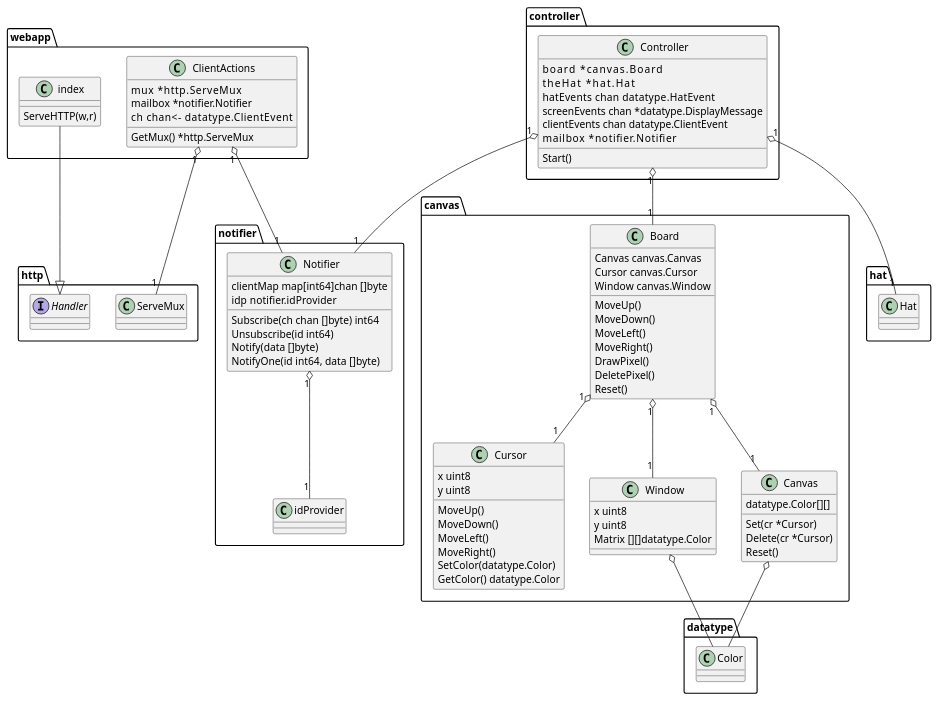
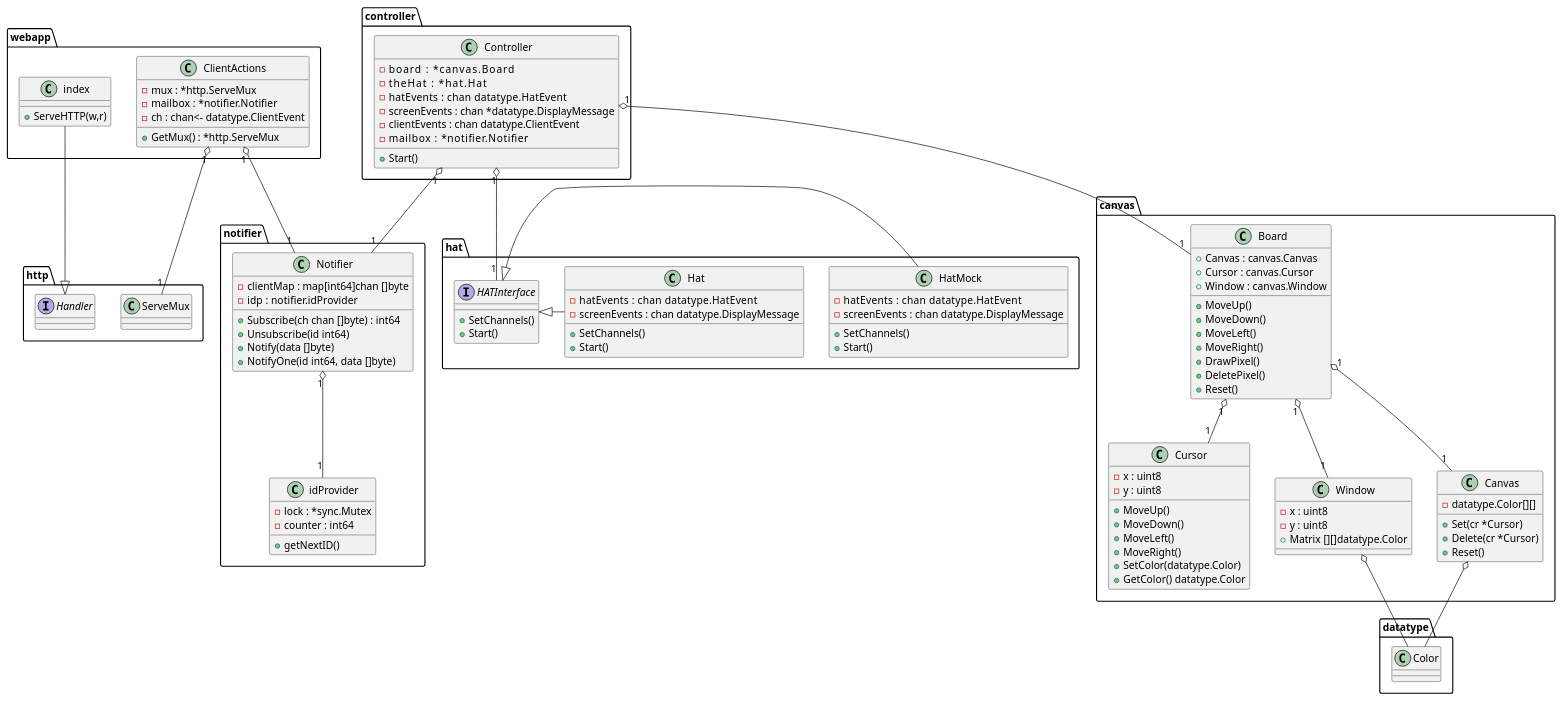
The diagram in docs/classDiagram.puml (nunnatsa/piDraw), drawn with PlantUML before and after one commit. The commit also changed 3 other files, not shown here.

```diff
--- a/docs/classDiagram.puml
+++ b/docs/classDiagram.puml
@@ -1,92 +1,116 @@
 @startuml
 'https://plantuml.com/class-diagram
 class datatype.Color{}
 
 class canvas.Canvas {
-datatype.Color[][]
-Set(cr *Cursor)
-Delete(cr *Cursor)
-Reset()
+- datatype.Color[][]
++ Set(cr *Cursor)
++ Delete(cr *Cursor)
++ Reset()
 }
 
 canvas.Board "1" o-- "1" canvas.Canvas
 canvas.Board "1" o-- "1" canvas.Cursor
 canvas.Board "1" o-- "1" canvas.Window
 canvas.Canvas o-- datatype.Color
 canvas.Window o-- datatype.Color
 
 class canvas.Cursor {
-x uint8
-y uint8
-MoveUp()
-MoveDown()
-MoveLeft()
-MoveRight()
-SetColor(datatype.Color)
-GetColor() datatype.Color
+- x : uint8
+- y : uint8
++ MoveUp()
++ MoveDown()
++ MoveLeft()
++ MoveRight()
++ SetColor(datatype.Color)
++ GetColor() datatype.Color
 }
 
 class canvas.Board {
-Canvas canvas.Canvas
-Cursor canvas.Cursor
-Window canvas.Window
-MoveUp()
-MoveDown()
-MoveLeft()
-MoveRight()
-DrawPixel()
-DeletePixel()
-Reset()
++ Canvas : canvas.Canvas
++ Cursor : canvas.Cursor
++ Window : canvas.Window
++ MoveUp()
++ MoveDown()
++ MoveLeft()
++ MoveRight()
++ DrawPixel()
++ DeletePixel()
++ Reset()
 }
 
 class canvas.Window {
-x uint8
-y uint8
-Matrix [][]datatype.Color
+- x : uint8
+- y : uint8
++ Matrix [][]datatype.Color
 }
 
 notifier.Notifier "1" o-- "1" notifier.idProvider
 
 class notifier.idProvider {
+- lock : *sync.Mutex
+- counter : int64
++ getNextID()
 }
 class notifier.Notifier {
-clientMap map[int64]chan []byte
-idp notifier.idProvider
-Subscribe(ch chan []byte) int64
-Unsubscribe(id int64)
-Notify(data []byte)
-NotifyOne(id int64, data []byte)
+- clientMap : map[int64]chan []byte
+- idp : notifier.idProvider
++ Subscribe(ch chan []byte) : int64
++ Unsubscribe(id int64)
++ Notify(data []byte)
++ NotifyOne(id int64, data []byte)
 }
 
 interface http.Handler
 class http.ServeMux{}
 
 http.Handler <|- webapp.index
 webapp.ClientActions "1" o-- "1" http.ServeMux
 webapp.ClientActions "1" o-- "1" notifier.Notifier
 
 class webapp.index {
-ServeHTTP(w,r)
++ ServeHTTP(w,r)
 }
 class webapp.ClientActions {
-	mux     *http.ServeMux
-	mailbox *notifier.Notifier
-	ch      chan<- datatype.ClientEvent
-	GetMux() *http.ServeMux
+- mux : *http.ServeMux
+- mailbox : *notifier.Notifier
+- ch : chan<- datatype.ClientEvent
++ GetMux() : *http.ServeMux
 }
 
 controller.Controller "1" o-- "1" notifier.Notifier
-controller.Controller "1" o-- "1" hat.Hat
+controller.Controller "1" o-- "1" hat.HATInterface
 controller.Controller "1" o-- "1" canvas.Board
 
 class controller.Controller {
-	board        *canvas.Board
-	theHat       *hat.Hat
-	hatEvents    chan datatype.HatEvent
-	screenEvents chan *datatype.DisplayMessage
-	clientEvents chan datatype.ClientEvent
-	mailbox      *notifier.Notifier
-	Start()
+- board        : *canvas.Board
+- theHat       : *hat.Hat
+- hatEvents    : chan datatype.HatEvent
+- screenEvents : chan *datatype.DisplayMessage
+- clientEvents : chan datatype.ClientEvent
+- mailbox      : *notifier.Notifier
++ Start()
 }
 
+interface hat.HATInterface {
++ SetChannels()
++ Start()
+}
+
+class hat.Hat {
+- hatEvents    : chan datatype.HatEvent
+- screenEvents : chan datatype.DisplayMessage
++ SetChannels()
++ Start()
+}
+
+class hat.HatMock {
+- hatEvents    : chan datatype.HatEvent
+- screenEvents : chan datatype.DisplayMessage
++ SetChannels()
++ Start()
+}
+hat.HATInterface <|- hat.Hat
+hat.HATInterface <|- hat.HatMock
+
 @enduml
```
